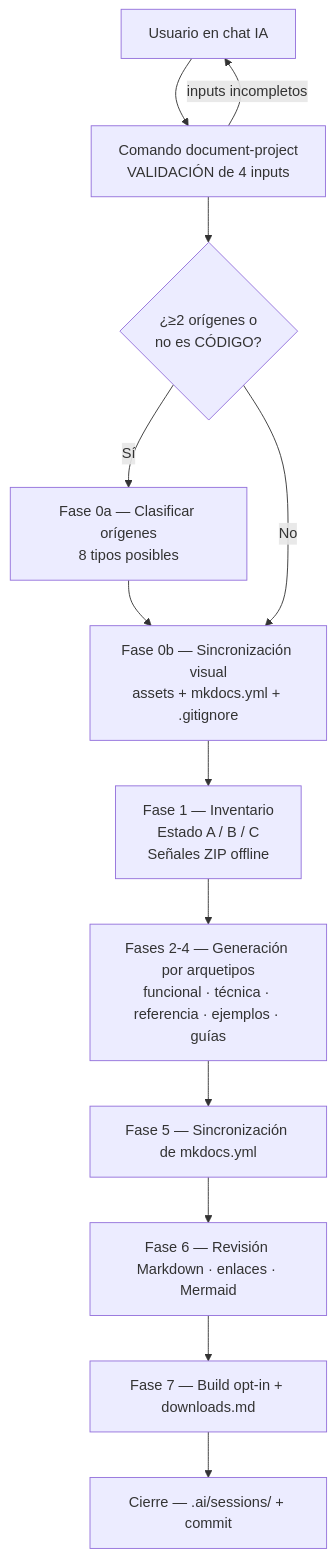
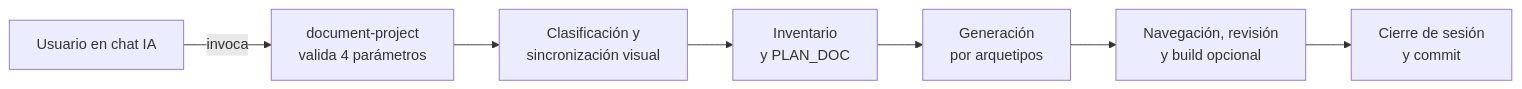
One commit to fmanza/doc_ia changed the second of 3 diagrams in docs/architecture.md. Above: the diagram before and after it, drawn with Mermaid. The commit also changed other lines of this file and 10 other files, not shown here.

First line of the commit message:
docs(diagrams): rediseño de diagramas grandes o duplicados y test de ≤12 nodos

````diff
--- a/docs/architecture.md
+++ b/docs/architecture.md
@@ -59,15 +59,11 @@
 ```mermaid
-flowchart TD
-    A[Usuario en chat IA] --> B[Comando document-project<br/>VALIDACIÓN de 4 inputs]
-    B -- inputs incompletos --> A
-    B --> B0{¿≥2 orígenes o<br/>no es CÓDIGO?}
-    B0 -- Sí --> F0a[Fase 0a — Clasificar orígenes<br/>8 tipos posibles]
-    F0a --> B1
-    B0 -- No --> B1[Fase 0b — Sincronización visual<br/>assets + mkdocs.yml + .gitignore]
-    B1 --> C[Fase 1 — Inventario<br/>Estado A / B / C<br/>Señales ZIP offline]
-    C --> D[Fases 2-4 — Generación por arquetipos<br/>funcional · técnica · referencia · ejemplos · guías]
-    D --> E[Fase 5 — Sincronización de mkdocs.yml]
-    E --> F[Fase 6 — Revisión Markdown · enlaces · Mermaid]
-    F --> G[Fase 7 — Build opt-in + downloads.md]
-    G --> H[Cierre — .ai/sessions/ + commit]
+flowchart LR
+    accTitle: Operación típica de doc_ia
+    accDescr: Resumen del flujo document-project: el usuario lo invoca desde el chat, se validan los parámetros, se clasifica y prepara el destino, se inventaría, se genera por arquetipos, se revisa y se cierra la sesión.
+    A[Usuario en chat IA] -- invoca --> B[document-project<br/>valida 4 parámetros]
+    B --> C[Clasificación y<br/>sincronización visual]
+    C --> D[Inventario<br/>y PLAN_DOC]
+    D --> E[Generación<br/>por arquetipos]
+    E --> F[Navegación, revisión<br/>y build opcional]
+    F --> G[Cierre de sesión<br/>y commit]
 ```
````
